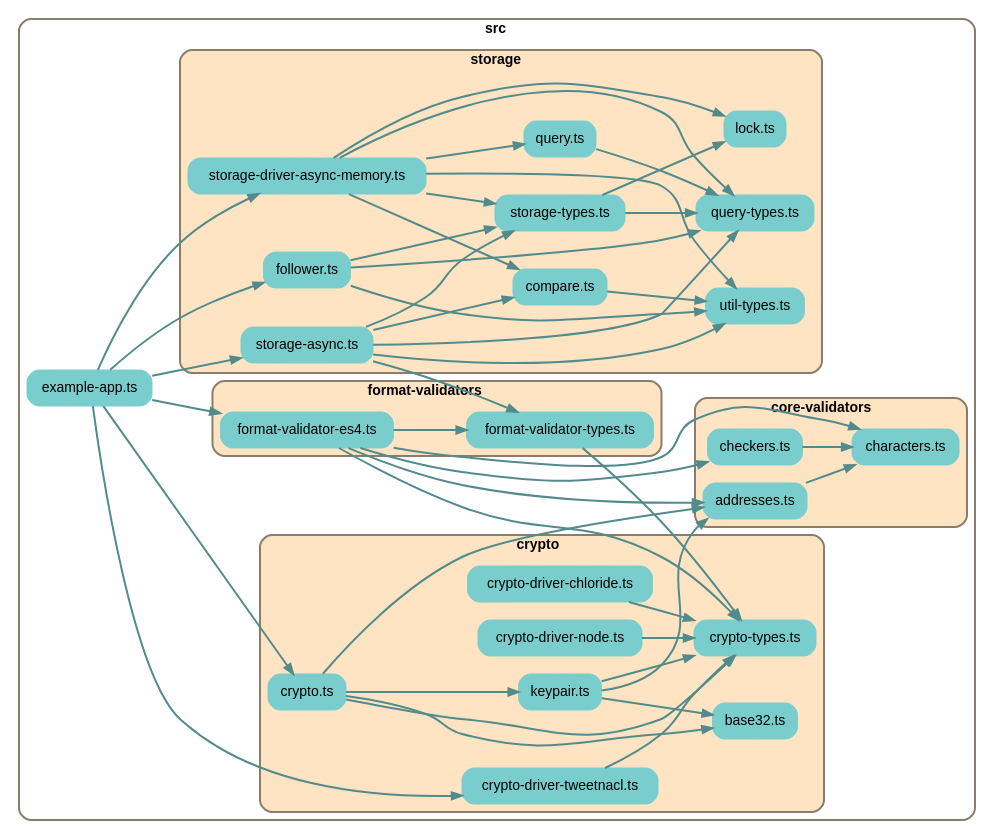
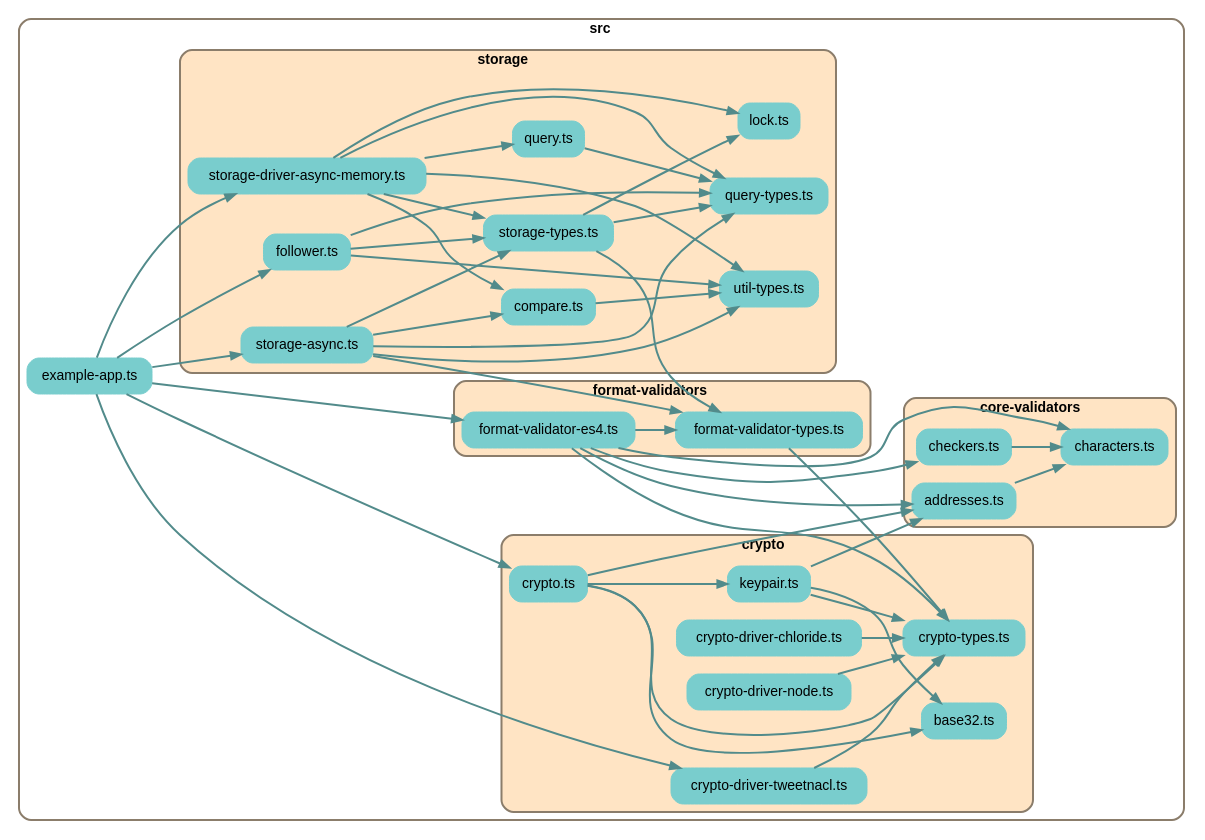
The diagram in depchart/depchart-main.dot (earthstar-project/earthstar), drawn with Graphviz before and after one commit. The commit also changed 8 other files, not shown here.

```diff
--- a/depchart/depchart-main.dot
+++ b/depchart/depchart-main.dot
@@ -1,125 +1,126 @@
 
 digraph G {
     //splines=line;
     //splines=polyline;
     splines=true;
     rankdir=LR;
     //newrank=true;
     compound=true;
     graph [fontname = "helvetica"];  // dpi=72
     node [fontname = "helvetica"];
     edge [fontname = "helvetica"];
     
     // files in their folder clusters
 
-    subgraph cluster2691704624 {
+    subgraph cluster7226582756 {
         label=<<b>src</b>>;
         style="rounded";
         color=bisque4;
         penwidth=2;
                     
         "src/example-app.ts" [label="example-app.ts", shape=rectangle; style="rounded,filled"; color=darkslategray3];
 
-        subgraph cluster8025855749 {
+        subgraph cluster9578056515 {
             label=<<b>core-validators</b>>;
             style="rounded,filled";
             fillcolor=bisque;
             color=bisque4;
             penwidth=2;
                     
             "src/core-validators/addresses.ts" [label="addresses.ts", shape=rectangle; style="rounded,filled"; color=darkslategray3];
             "src/core-validators/characters.ts" [label="characters.ts", shape=rectangle; style="rounded,filled"; color=darkslategray3];
             "src/core-validators/checkers.ts" [label="checkers.ts", shape=rectangle; style="rounded,filled"; color=darkslategray3];
         }
 
-        subgraph cluster6419407341 {
+        subgraph cluster5374325241 {
             label=<<b>crypto</b>>;
             style="rounded,filled";
             fillcolor=bisque;
             color=bisque4;
             penwidth=2;
                     
             "src/crypto/base32.ts" [label="base32.ts", shape=rectangle; style="rounded,filled"; color=darkslategray3];
             "src/crypto/crypto-driver-chloride.ts" [label="crypto-driver-chloride.ts", shape=rectangle; style="rounded,filled"; color=darkslategray3];
             "src/crypto/crypto-driver-node.ts" [label="crypto-driver-node.ts", shape=rectangle; style="rounded,filled"; color=darkslategray3];
             "src/crypto/crypto-driver-tweetnacl.ts" [label="crypto-driver-tweetnacl.ts", shape=rectangle; style="rounded,filled"; color=darkslategray3];
             "src/crypto/crypto-types.ts" [label="crypto-types.ts", shape=rectangle; style="rounded,filled"; color=darkslategray3];
             "src/crypto/crypto.ts" [label="crypto.ts", shape=rectangle; style="rounded,filled"; color=darkslategray3];
             "src/crypto/keypair.ts" [label="keypair.ts", shape=rectangle; style="rounded,filled"; color=darkslategray3];
         }
 
-        subgraph cluster7621744471 {
+        subgraph cluster7245130267 {
             label=<<b>format-validators</b>>;
             style="rounded,filled";
             fillcolor=bisque;
             color=bisque4;
             penwidth=2;
                     
             "src/format-validators/format-validator-es4.ts" [label="format-validator-es4.ts", shape=rectangle; style="rounded,filled"; color=darkslategray3];
             "src/format-validators/format-validator-types.ts" [label="format-validator-types.ts", shape=rectangle; style="rounded,filled"; color=darkslategray3];
         }
 
-        subgraph cluster3184927956 {
+        subgraph cluster9110593617 {
             label=<<b>storage</b>>;
             style="rounded,filled";
             fillcolor=bisque;
             color=bisque4;
             penwidth=2;
                     
             "src/storage/compare.ts" [label="compare.ts", shape=rectangle; style="rounded,filled"; color=darkslategray3];
             "src/storage/follower.ts" [label="follower.ts", shape=rectangle; style="rounded,filled"; color=darkslategray3];
             "src/storage/lock.ts" [label="lock.ts", shape=rectangle; style="rounded,filled"; color=darkslategray3];
             "src/storage/query-types.ts" [label="query-types.ts", shape=rectangle; style="rounded,filled"; color=darkslategray3];
             "src/storage/query.ts" [label="query.ts", shape=rectangle; style="rounded,filled"; color=darkslategray3];
             "src/storage/storage-async.ts" [label="storage-async.ts", shape=rectangle; style="rounded,filled"; color=darkslategray3];
             "src/storage/storage-driver-async-memory.ts" [label="storage-driver-async-memory.ts", shape=rectangle; style="rounded,filled"; color=darkslategray3];
             "src/storage/storage-types.ts" [label="storage-types.ts", shape=rectangle; style="rounded,filled"; color=darkslategray3];
             "src/storage/util-types.ts" [label="util-types.ts", shape=rectangle; style="rounded,filled"; color=darkslategray3];
         }
     }
 
     // edges between files
     "src/core-validators/addresses.ts" -> "src/core-validators/characters.ts" [penwidth=2; color=darkslategray4];
     "src/core-validators/checkers.ts" -> "src/core-validators/characters.ts" [penwidth=2; color=darkslategray4];
     "src/crypto/crypto-driver-chloride.ts" -> "src/crypto/crypto-types.ts" [penwidth=2; color=darkslategray4];
     "src/crypto/crypto-driver-node.ts" -> "src/crypto/crypto-types.ts" [penwidth=2; color=darkslategray4];
     "src/crypto/crypto-driver-tweetnacl.ts" -> "src/crypto/crypto-types.ts" [penwidth=2; color=darkslategray4];
     "src/crypto/crypto.ts" -> "src/crypto/crypto-types.ts" [penwidth=2; color=darkslategray4];
     "src/crypto/crypto.ts" -> "src/crypto/base32.ts" [penwidth=2; color=darkslategray4];
     "src/crypto/crypto.ts" -> "src/crypto/keypair.ts" [penwidth=2; color=darkslategray4];
     "src/crypto/crypto.ts" -> "src/core-validators/addresses.ts" [penwidth=2; color=darkslategray4];
     "src/crypto/keypair.ts" -> "src/crypto/base32.ts" [penwidth=2; color=darkslategray4];
     "src/crypto/keypair.ts" -> "src/crypto/crypto-types.ts" [penwidth=2; color=darkslategray4];
     "src/crypto/keypair.ts" -> "src/core-validators/addresses.ts" [penwidth=2; color=darkslategray4];
     "src/example-app.ts" -> "src/format-validators/format-validator-es4.ts" [penwidth=2; color=darkslategray4];
     "src/example-app.ts" -> "src/storage/storage-driver-async-memory.ts" [penwidth=2; color=darkslategray4];
     "src/example-app.ts" -> "src/storage/storage-async.ts" [penwidth=2; color=darkslategray4];
     "src/example-app.ts" -> "src/storage/follower.ts" [penwidth=2; color=darkslategray4];
     "src/example-app.ts" -> "src/crypto/crypto.ts" [penwidth=2; color=darkslategray4];
     "src/example-app.ts" -> "src/crypto/crypto-driver-tweetnacl.ts" [penwidth=2; color=darkslategray4];
     "src/format-validators/format-validator-es4.ts" -> "src/format-validators/format-validator-types.ts" [penwidth=2; color=darkslategray4];
     "src/format-validators/format-validator-es4.ts" -> "src/crypto/crypto-types.ts" [penwidth=2; color=darkslategray4];
     "src/format-validators/format-validator-es4.ts" -> "src/core-validators/characters.ts" [penwidth=2; color=darkslategray4];
     "src/format-validators/format-validator-es4.ts" -> "src/core-validators/checkers.ts" [penwidth=2; color=darkslategray4];
     "src/format-validators/format-validator-es4.ts" -> "src/core-validators/addresses.ts" [penwidth=2; color=darkslategray4];
     "src/format-validators/format-validator-types.ts" -> "src/crypto/crypto-types.ts" [penwidth=2; color=darkslategray4];
     "src/storage/compare.ts" -> "src/storage/util-types.ts" [penwidth=2; color=darkslategray4];
     "src/storage/follower.ts" -> "src/storage/util-types.ts" [penwidth=2; color=darkslategray4];
     "src/storage/follower.ts" -> "src/storage/query-types.ts" [penwidth=2; color=darkslategray4];
     "src/storage/follower.ts" -> "src/storage/storage-types.ts" [penwidth=2; color=darkslategray4];
     "src/storage/query.ts" -> "src/storage/query-types.ts" [penwidth=2; color=darkslategray4];
     "src/storage/storage-async.ts" -> "src/storage/util-types.ts" [penwidth=2; color=darkslategray4];
     "src/storage/storage-async.ts" -> "src/storage/query-types.ts" [penwidth=2; color=darkslategray4];
     "src/storage/storage-async.ts" -> "src/storage/storage-types.ts" [penwidth=2; color=darkslategray4];
     "src/storage/storage-async.ts" -> "src/format-validators/format-validator-types.ts" [penwidth=2; color=darkslategray4];
     "src/storage/storage-async.ts" -> "src/storage/compare.ts" [penwidth=2; color=darkslategray4];
     "src/storage/storage-driver-async-memory.ts" -> "src/storage/util-types.ts" [penwidth=2; color=darkslategray4];
     "src/storage/storage-driver-async-memory.ts" -> "src/storage/query-types.ts" [penwidth=2; color=darkslategray4];
     "src/storage/storage-driver-async-memory.ts" -> "src/storage/storage-types.ts" [penwidth=2; color=darkslategray4];
     "src/storage/storage-driver-async-memory.ts" -> "src/storage/compare.ts" [penwidth=2; color=darkslategray4];
     "src/storage/storage-driver-async-memory.ts" -> "src/storage/query.ts" [penwidth=2; color=darkslategray4];
     "src/storage/storage-driver-async-memory.ts" -> "src/storage/lock.ts" [penwidth=2; color=darkslategray4];
     "src/storage/storage-types.ts" -> "src/storage/query-types.ts" [penwidth=2; color=darkslategray4];
+    "src/storage/storage-types.ts" -> "src/format-validators/format-validator-types.ts" [penwidth=2; color=darkslategray4];
     "src/storage/storage-types.ts" -> "src/storage/lock.ts" [penwidth=2; color=darkslategray4];
 
 }
```
